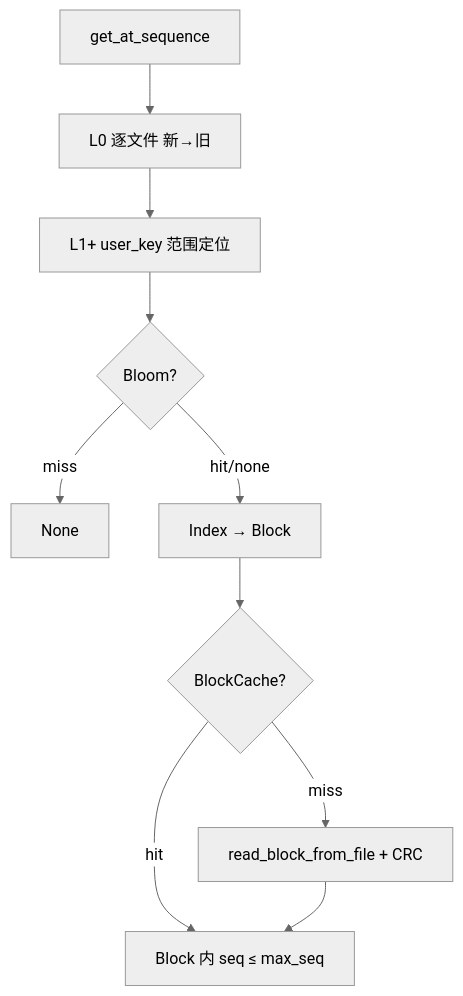
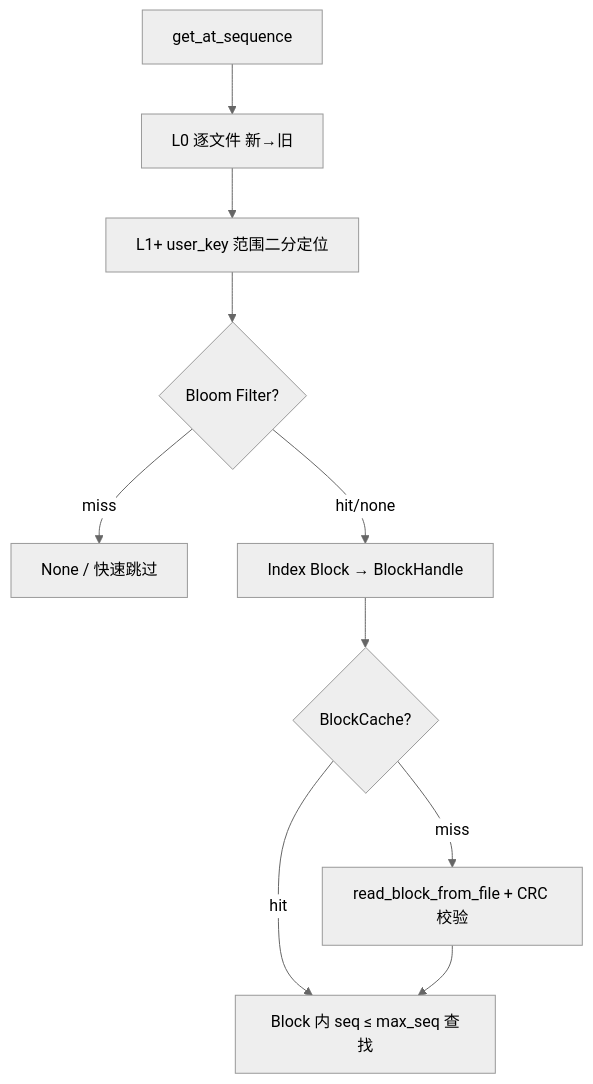
The second of 4 diagrams in docs/modules/02-engine-storage.md (Genuineh/AiDb), drawn with Mermaid (neutral theme) before and after one commit. The commit also changed other lines of this file and 15 other files, not shown here.

````diff
--- a/docs/modules/02-engine-storage.md
+++ b/docs/modules/02-engine-storage.md
@@ -88,12 +80,12 @@
 ```mermaid
 flowchart TD
-  G[get_at_sequence] --> L0[L0 逐文件 新→旧]
-  L0 --> LN[L1+ user_key 范围定位]
-  LN --> BF{Bloom?}
-  BF -->|miss| X[None]
-  BF -->|hit/none| IDX[Index → Block]
-  IDX --> CD{BlockCache?}
-  CD -->|hit| SCAN[Block 内 seq ≤ max_seq]
-  CD -->|miss| DISK[read_block_from_file + CRC]
-  DISK --> SCAN
+    G[get_at_sequence] --> L0[L0 逐文件 新→旧]
+    L0 --> LN[L1+ user_key 范围二分定位]
+    LN --> BF{Bloom Filter?}
+    BF -->|miss| X[None / 快速跳过]
+    BF -->|hit/none| IDX[Index Block → BlockHandle]
+    IDX --> CD{BlockCache?}
+    CD -->|hit| SCAN[Block 内 seq ≤ max_seq 查找]
+    CD -->|miss| DISK[read_block_from_file + CRC 校验]
+    DISK --> SCAN
 ```
````
